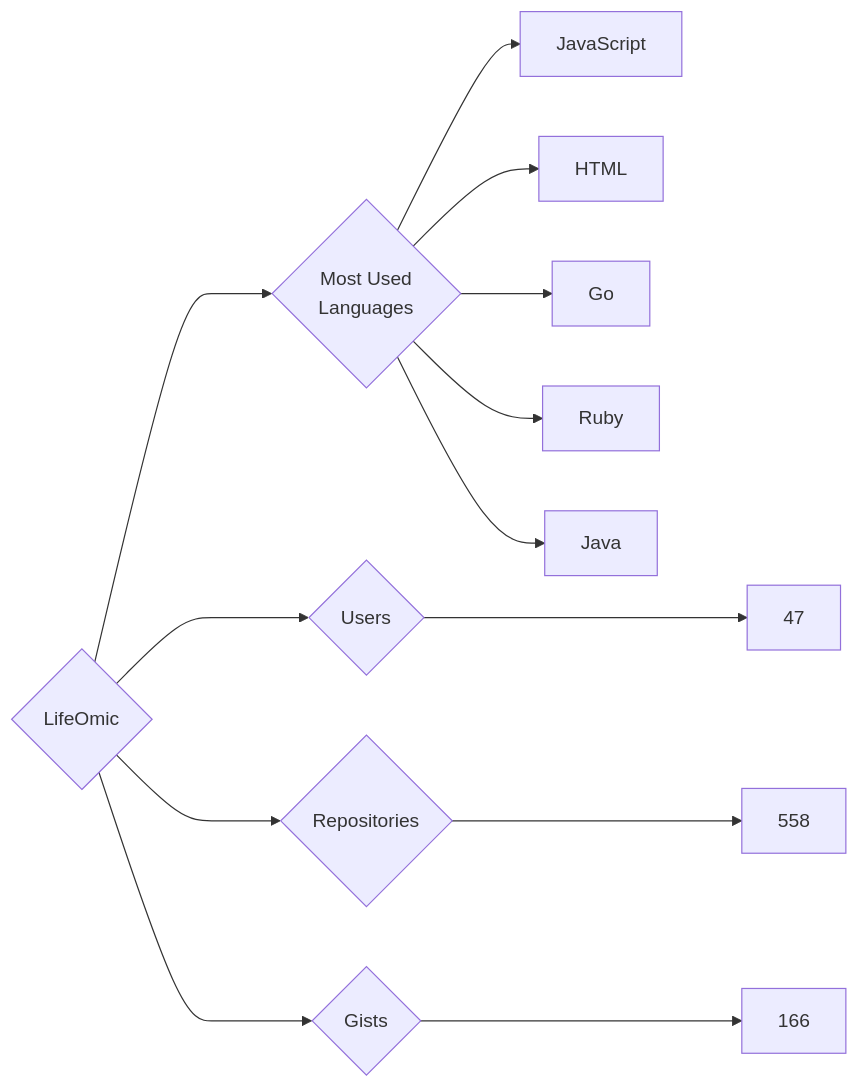
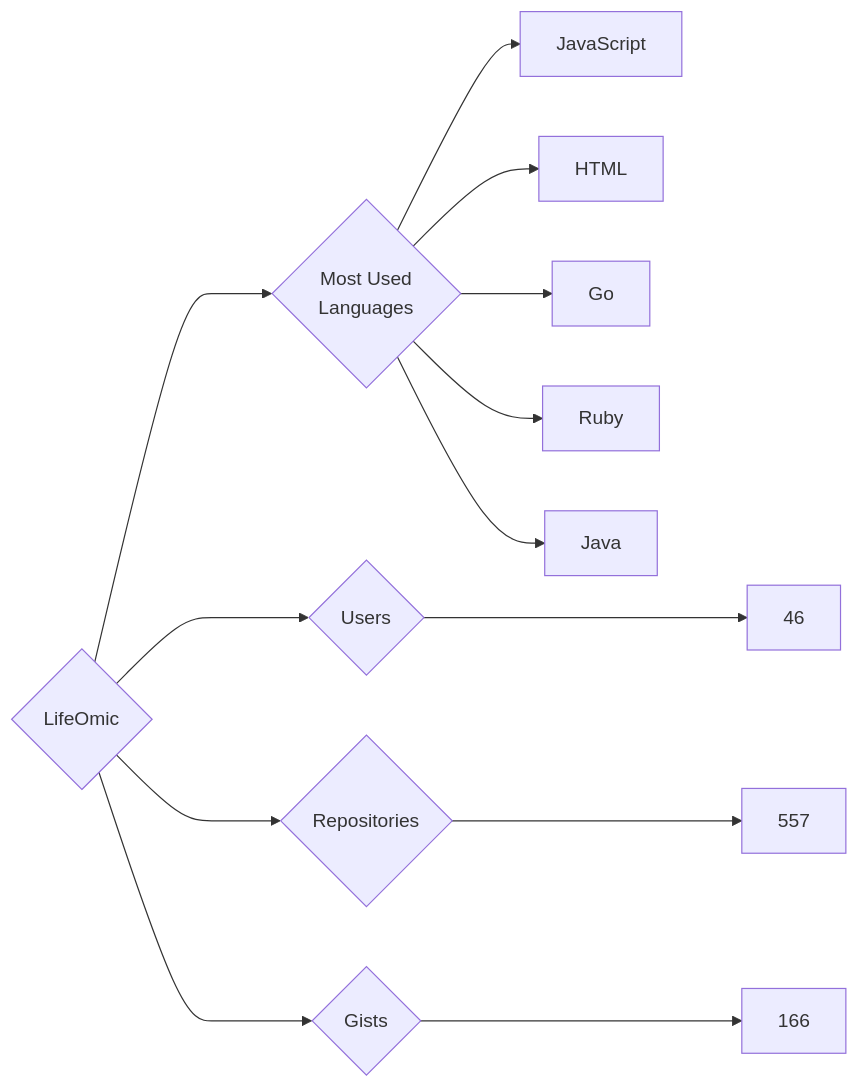
One commit to trickest/insiders changed the diagram in targets/LifeOmic/README.md. Above: the diagram before and after it, drawn with Mermaid. The commit also changed 773 other files, not shown here.

````diff
--- a/targets/LifeOmic/README.md
+++ b/targets/LifeOmic/README.md
@@ -3,13 +3,13 @@
 ```mermaid
 graph LR
 COMPANY_NAME{LifeOmic}
-COMPANY_NAME ---> U{Users} ---> UN[47]
-COMPANY_NAME ---> R{Repositories} ---> RN[558]
+COMPANY_NAME ---> U{Users} ---> UN[46]
+COMPANY_NAME ---> R{Repositories} ---> RN[557]
 COMPANY_NAME ---> G{Gists} ---> GN[166]
 COMPANY_NAME ---> ML{Most Used<br>Languages}
 ML --> JavaScript[JavaScript]
 ML --> HTML[HTML]
 ML --> Go[Go]
 ML --> Ruby[Ruby]
 ML --> Java[Java]
 ```
````
